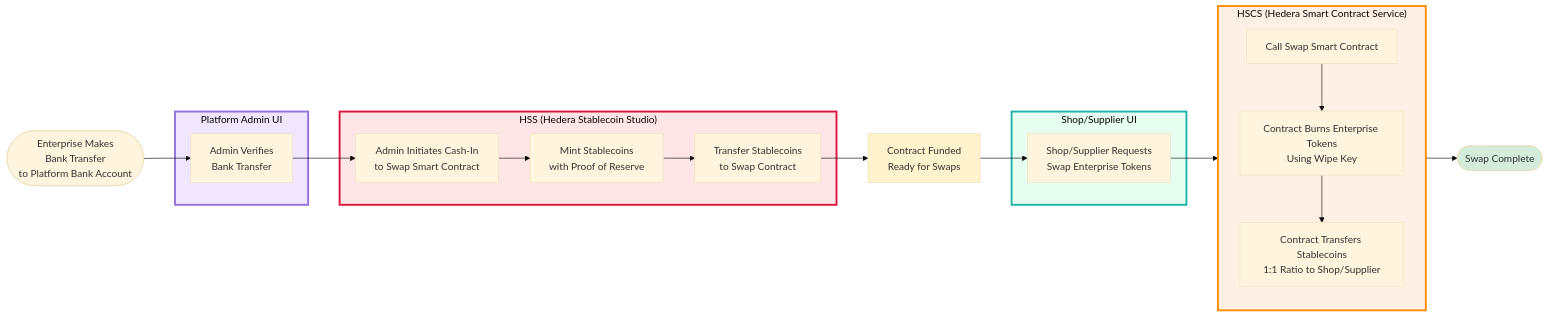
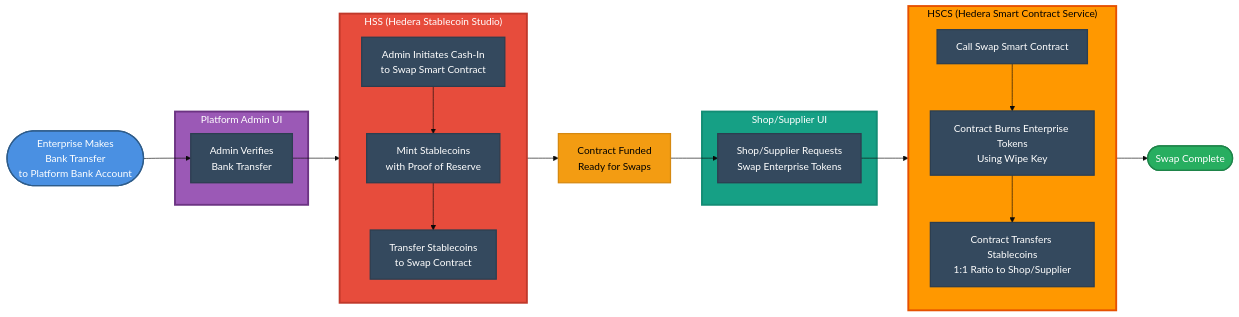
Before and after one commit to abdop/TARWIJ_EWA_V6: the third of 5 diagrams in README.md, drawn with Mermaid (base theme). The commit also changed other lines of this file, not shown here.

````diff
--- a/README.md
+++ b/README.md
@@ -385,54 +393,55 @@
 ```mermaid
 graph LR
     S2([Enterprise Makes<br/>Bank Transfer<br/>to Platform Bank Account])
     S2 --> S3[Admin Verifies<br/>Bank Transfer]
     S3 --> S4[Admin Initiates Cash-In<br/>to Swap Smart Contract]
     S4 --> S5[Mint Stablecoins<br/>with Proof of Reserve]
     S5 --> S6[Transfer Stablecoins<br/>to Swap Contract]
     S6 --> S7[Contract Funded<br/>Ready for Swaps]
 
     S7 --> S8[Shop/Supplier Requests<br/>Swap Enterprise Tokens]
     S8 --> S9[Call Swap Smart Contract]
     S9 --> S10[Contract Burns Enterprise Tokens<br/>Using Wipe Key]
     S10 --> S11[Contract Transfers Stablecoins<br/>1:1 Ratio to Shop/Supplier]
     S11 --> S12([Swap Complete])
 
     subgraph PlatformUI[" Platform Admin UI "]
         S3
     end
 
     subgraph HSS[" HSS (Hedera Stablecoin Studio) "]
+        direction TB
         S4
         S5
         S6
     end
 
     subgraph ShopUI[" Shop/Supplier UI "]
         S8
     end
 
     subgraph HSCS[" HSCS (Hedera Smart Contract Service) "]
         direction TB
         S9
         S10
         S11
     end
 
-    classDef startNode fill:#e1f5ff
-    classDef warningNode fill:#fff3cd
-    classDef successNode fill:#d4edda
-    classDef platformZone fill:#f0e6ff,stroke:#9370DB,stroke-width:3px
-    classDef stablecoinZone fill:#ffe6e6,stroke:#DC143C,stroke-width:3px
-    classDef backendZone fill:#e6f3ff,stroke:#4169E1,stroke-width:3px
-    classDef shopZone fill:#e6fff0,stroke:#20B2AA,stroke-width:3px
-    classDef contractZone fill:#fff0e6,stroke:#FF8C00,stroke-width:3px
+    classDef startNode fill:#4A90E2,stroke:#2E5C8A,stroke-width:2px,color:#fff
+    classDef warningNode fill:#F39C12,stroke:#D68910,stroke-width:2px,color:#000
+    classDef successNode fill:#27AE60,stroke:#1E8449,stroke-width:2px,color:#fff
+    classDef platformZone fill:#9B59B6,stroke:#6C3483,stroke-width:3px,color:#fff
+    classDef stablecoinZone fill:#E74C3C,stroke:#C0392B,stroke-width:3px,color:#fff
+    classDef shopZone fill:#16A085,stroke:#138D75,stroke-width:3px,color:#fff
+    classDef contractZone fill:#FF9800,stroke:#E65100,stroke-width:3px,color:#000
+    classDef normalNode fill:#34495E,stroke:#2C3E50,stroke-width:2px,color:#fff
 
-    class S1 startNode
+    class S2 startNode
     class S7 warningNode
     class S12 successNode
+    class S3,S4,S5,S6,S8,S9,S10,S11 normalNode
     class PlatformUI platformZone
     class HSS stablecoinZone
-    class Backend backendZone
     class ShopUI shopZone
     class HSCS contractZone
 ```
````
